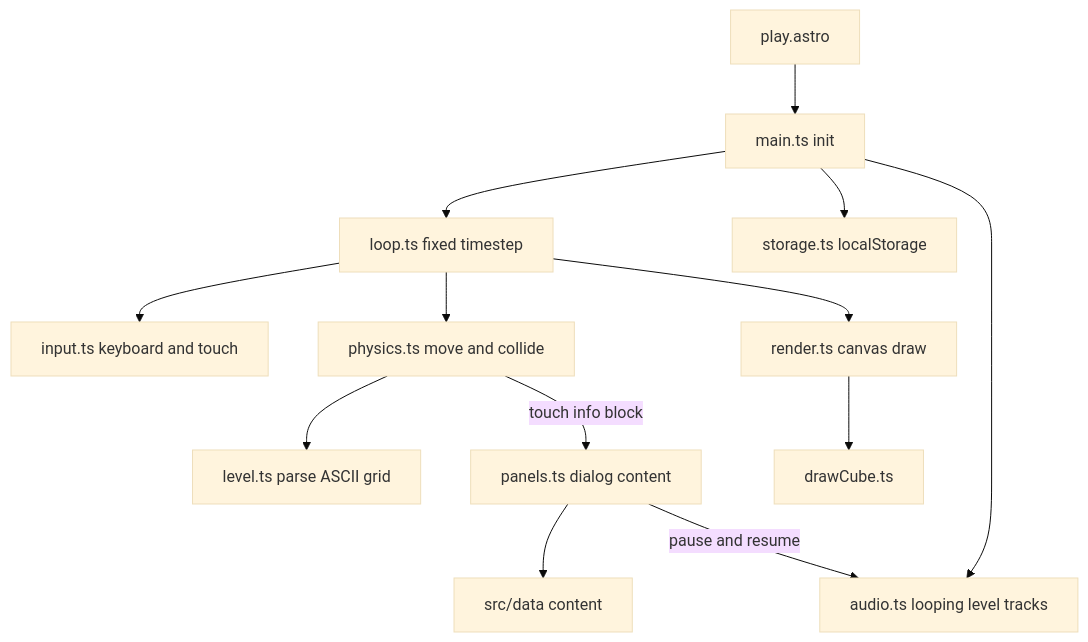
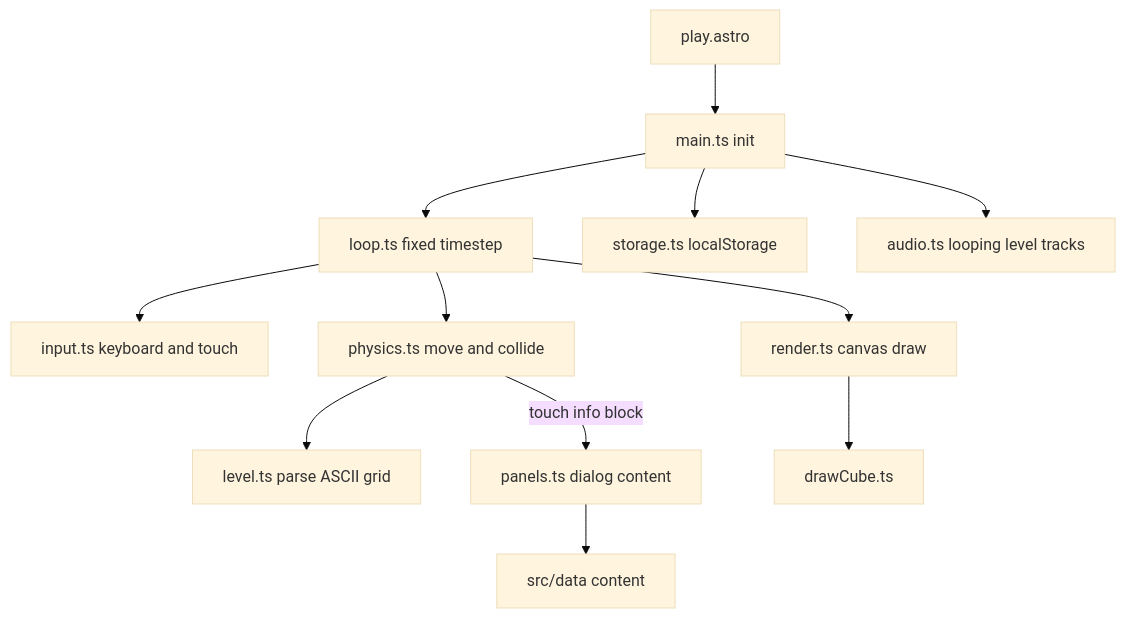
One commit to Blue5GD/Portfolio changed the diagram in docs/PLAN.md. Above: the diagram before and after it, drawn with Mermaid (base theme). The commit also changed other lines of this file and 6 other files, not shown here.

````diff
--- a/docs/PLAN.md
+++ b/docs/PLAN.md
@@ -330,15 +332,14 @@
 ```mermaid
 flowchart TD
   PlayPage["play.astro"] --> Main["main.ts init"]
   Main --> Loop["loop.ts fixed timestep"]
   Loop --> Input["input.ts keyboard and touch"]
   Loop --> Physics["physics.ts move and collide"]
   Loop --> Render["render.ts canvas draw"]
   Physics --> LevelGrid["level.ts parse ASCII grid"]
   Render --> DrawCube["drawCube.ts"]
   Physics -->|"touch info block"| Panels["panels.ts dialog content"]
   Panels --> Data["src/data content"]
   Main --> Storage["storage.ts localStorage"]
   Main --> Audio["audio.ts looping level tracks"]
-  Panels -->|"pause and resume"| Audio
 ```
````
